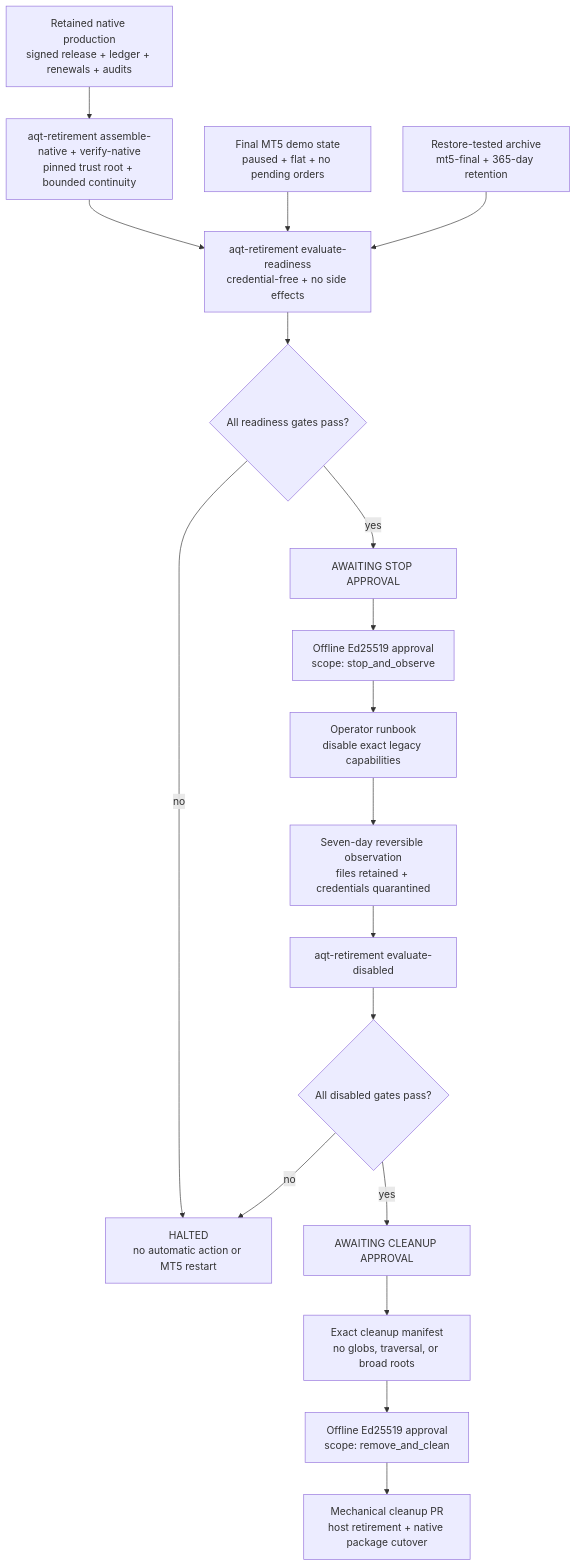
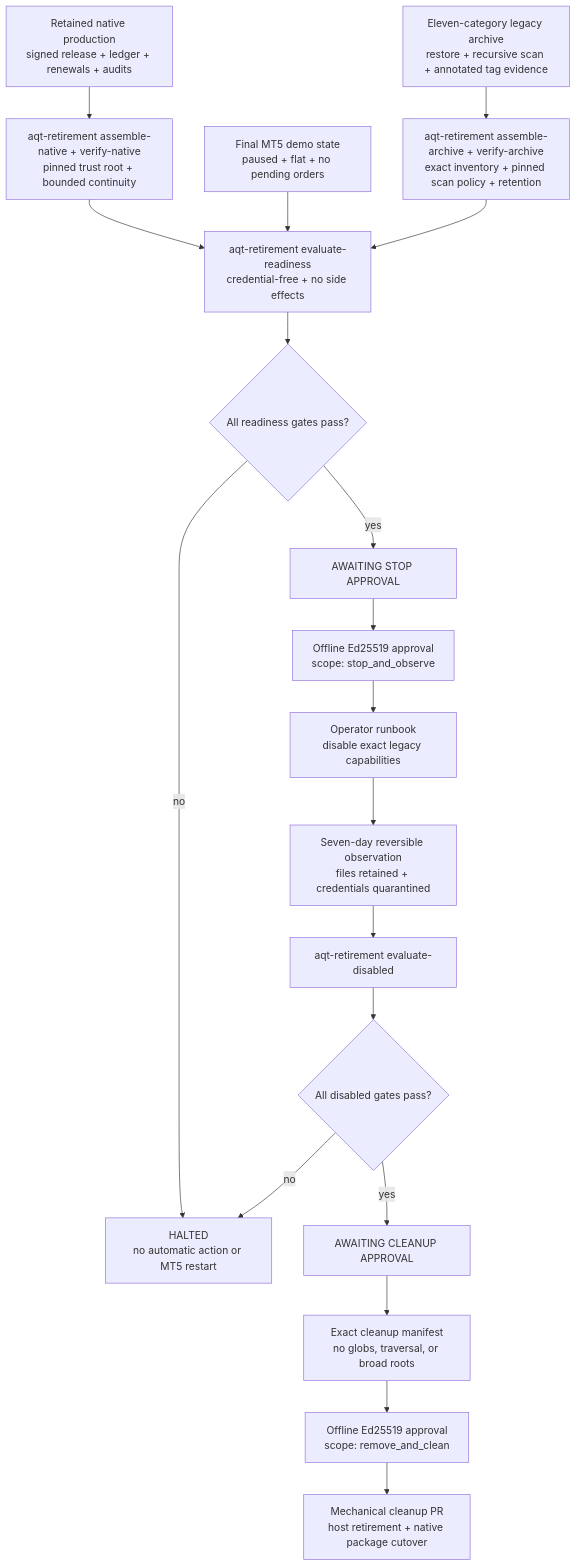
The diagram in docs/architecture/diagrams/phase-10-legacy-retirement.mmd (AegisFintech/AIQuantTrader), drawn with Mermaid before and after one commit. The commit also changed 23 other files, not shown here.

Commit message:
feat(native): assemble phase 10 legacy archive

```diff
--- a/docs/architecture/diagrams/phase-10-legacy-retirement.mmd
+++ b/docs/architecture/diagrams/phase-10-legacy-retirement.mmd
@@ -1,36 +1,38 @@
 flowchart TD
     nativeRaw["Retained native production<br/>signed release + ledger + renewals + audits"]
     native["aqt-retirement assemble-native + verify-native<br/>pinned trust root + bounded continuity"]
     legacy["Final MT5 demo state<br/>paused + flat + no pending orders"]
-    archive["Restore-tested archive<br/>mt5-final + 365-day retention"]
+    archiveRaw["Eleven-category legacy archive<br/>restore + recursive scan + annotated tag evidence"]
+    archive["aqt-retirement assemble-archive + verify-archive<br/>exact inventory + pinned scan policy + retention"]
     readiness["aqt-retirement evaluate-readiness<br/>credential-free + no side effects"]
     stopReview{"All readiness gates pass?"}
     stopWait["AWAITING STOP APPROVAL"]
     stopSign["Offline Ed25519 approval<br/>scope: stop_and_observe"]
     disable["Operator runbook<br/>disable exact legacy capabilities"]
     observe["Seven-day reversible observation<br/>files retained + credentials quarantined"]
     disabled["aqt-retirement evaluate-disabled"]
     cleanReview{"All disabled gates pass?"}
     cleanWait["AWAITING CLEANUP APPROVAL"]
     manifest["Exact cleanup manifest<br/>no globs, traversal, or broad roots"]
     cleanSign["Offline Ed25519 approval<br/>scope: remove_and_clean"]
     cleanup["Mechanical cleanup PR<br/>host retirement + native package cutover"]
     halted["HALTED<br/>no automatic action or MT5 restart"]
 
     nativeRaw --> native
     native --> readiness
     legacy --> readiness
+    archiveRaw --> archive
     archive --> readiness
     readiness --> stopReview
     stopReview -- no --> halted
     stopReview -- yes --> stopWait
     stopWait --> stopSign
     stopSign --> disable
     disable --> observe
     observe --> disabled
     disabled --> cleanReview
     cleanReview -- no --> halted
     cleanReview -- yes --> cleanWait
     cleanWait --> manifest
     manifest --> cleanSign
     cleanSign --> cleanup
```
